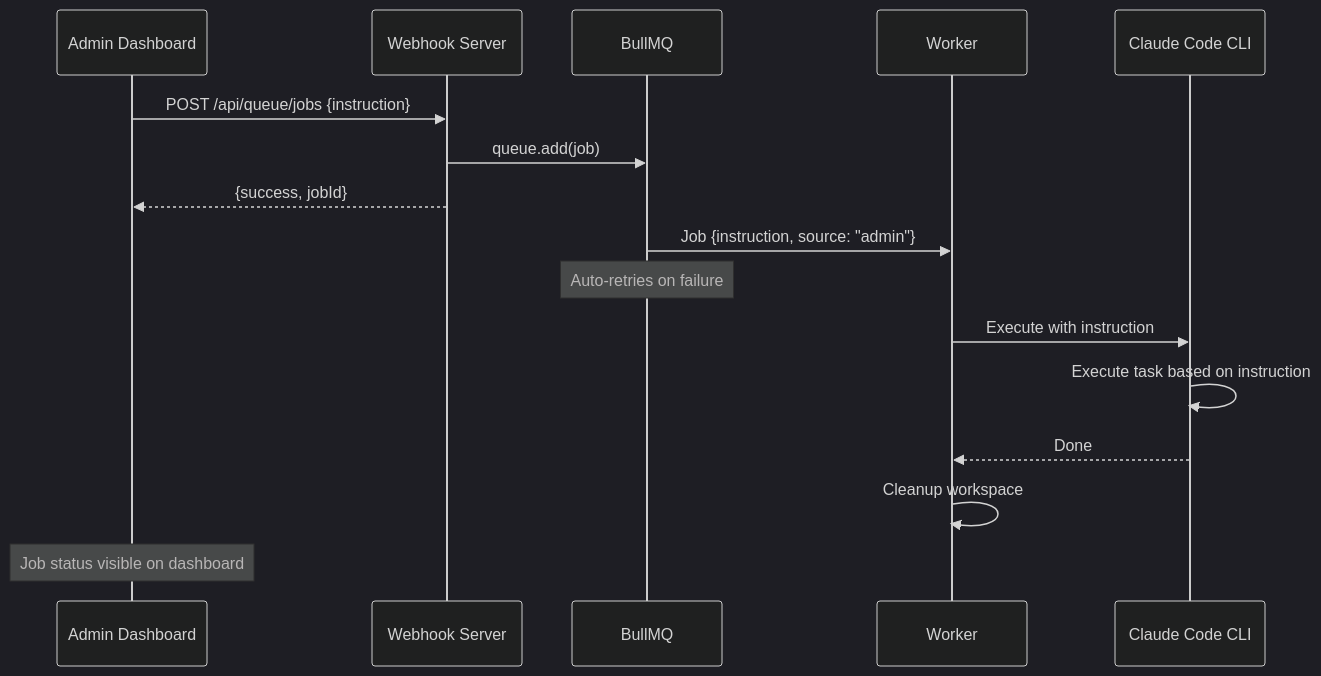
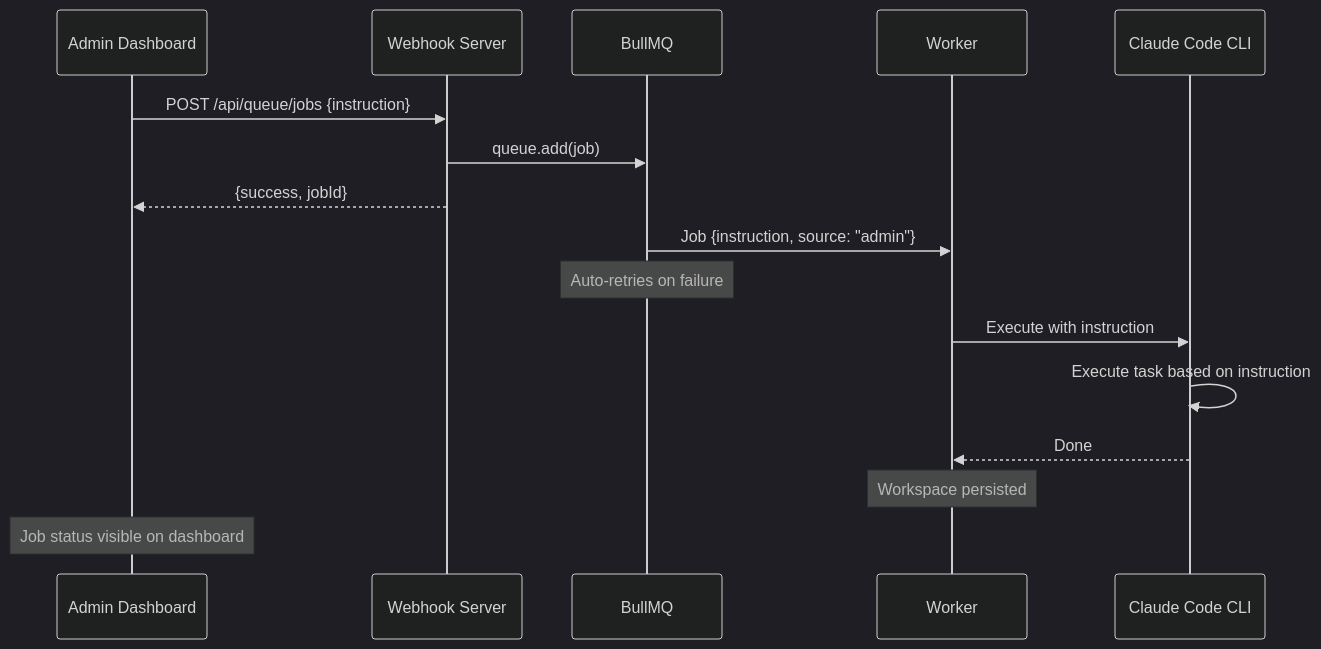
One commit to mappedin-dev/mapthew changed the sixth of 8 diagrams in docs/architecture.md. Above: the diagram before and after it, drawn with Mermaid (dark theme). The commit also changed other lines of this file and 5 other files, not shown here.

````diff
--- a/docs/architecture.md
+++ b/docs/architecture.md
@@ -205,22 +205,22 @@
 ```mermaid
 sequenceDiagram
     participant Admin as Admin Dashboard
     participant API as Webhook Server
     participant BullMQ as BullMQ
     participant W as Worker
     participant Claude as Claude Code CLI
 
     Admin->>API: POST /api/queue/jobs {instruction}
     API->>BullMQ: queue.add(job)
     API-->>Admin: {success, jobId}
 
     BullMQ->>W: Job {instruction, source: "admin"}
     Note over BullMQ: Auto-retries on failure
 
     W->>Claude: Execute with instruction
     Claude->>Claude: Execute task based on instruction
     Claude-->>W: Done
-    W->>W: Cleanup workspace
+    Note over W: Workspace persisted
 
     Note over Admin: Job status visible on dashboard
 ```
````
